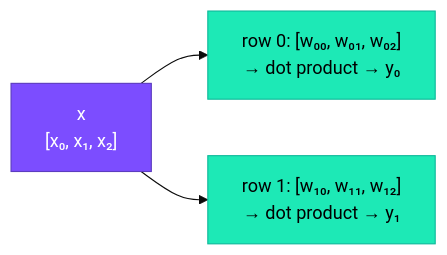
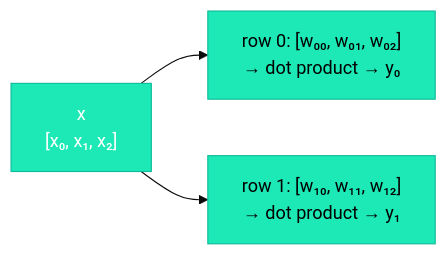
Before and after one commit to iamkhalid2/microgpt-course: the diagram in docs/03-the-architecture/02-linear-layers.md, drawn with Mermaid (base theme). The commit also changed 23 other files, not shown here.

````diff
--- a/docs/03-the-architecture/02-linear-layers.md
+++ b/docs/03-the-architecture/02-linear-layers.md
@@ -73,9 +73,9 @@
 ```mermaid
 flowchart LR
     X["x\n[x₀, x₁, x₂]"] --> ROW0["row 0: [w₀₀, w₀₁, w₀₂]\n→ dot product → y₀"]
     X --> ROW1["row 1: [w₁₀, w₁₁, w₁₂]\n→ dot product → y₁"]
 
-    style X fill:#7c4dff,stroke:#5c3cbf,color:#fff
+    style X fill:#1de9b6,stroke:#0db99a,color:#fff
     style ROW0 fill:#1de9b6,stroke:#0db99a,color:#000
     style ROW1 fill:#1de9b6,stroke:#0db99a,color:#000
 ```
````
